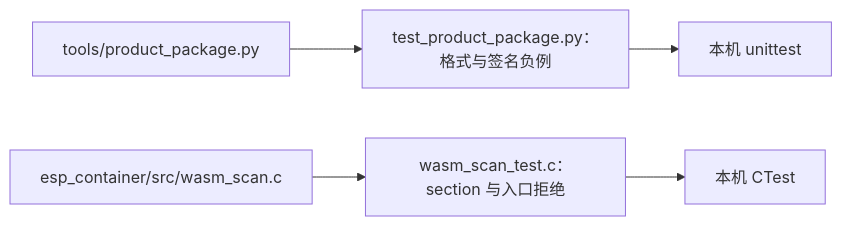
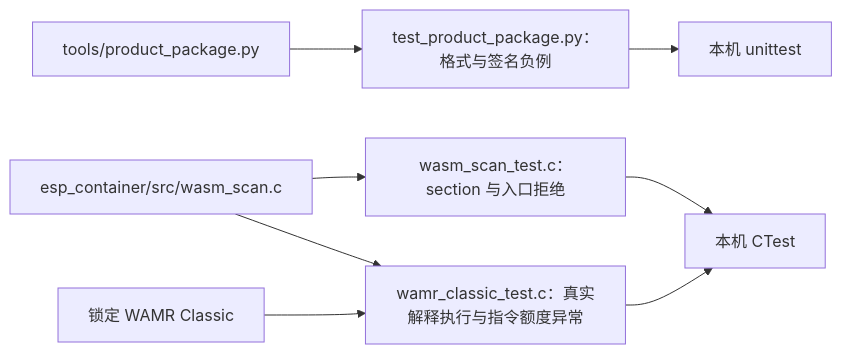
The diagram in tests/README.md (darren-you/esp-container), drawn with Mermaid before and after one commit. The commit also changed other lines of this file and 5 other files, not shown here.

Commit message:
验证 WAMR Classic 指令预算的真实执行异常

````diff
--- a/tests/README.md
+++ b/tests/README.md
@@ -5,7 +5,10 @@
 ```mermaid
 flowchart LR
     package["tools/product_package.py"] --> py["test_product_package.py：格式与签名负例"]
     scanner["esp_container/src/wasm_scan.c"] --> c["wasm_scan_test.c：section 与入口拒绝"]
+    wamr["锁定 WAMR Classic"] --> runtime["wamr_classic_test.c：真实解释执行与指令额度异常"]
+    scanner --> runtime
     py --> host["本机 unittest"]
     c --> ctest["本机 CTest"]
+    runtime --> ctest
 ```
````
